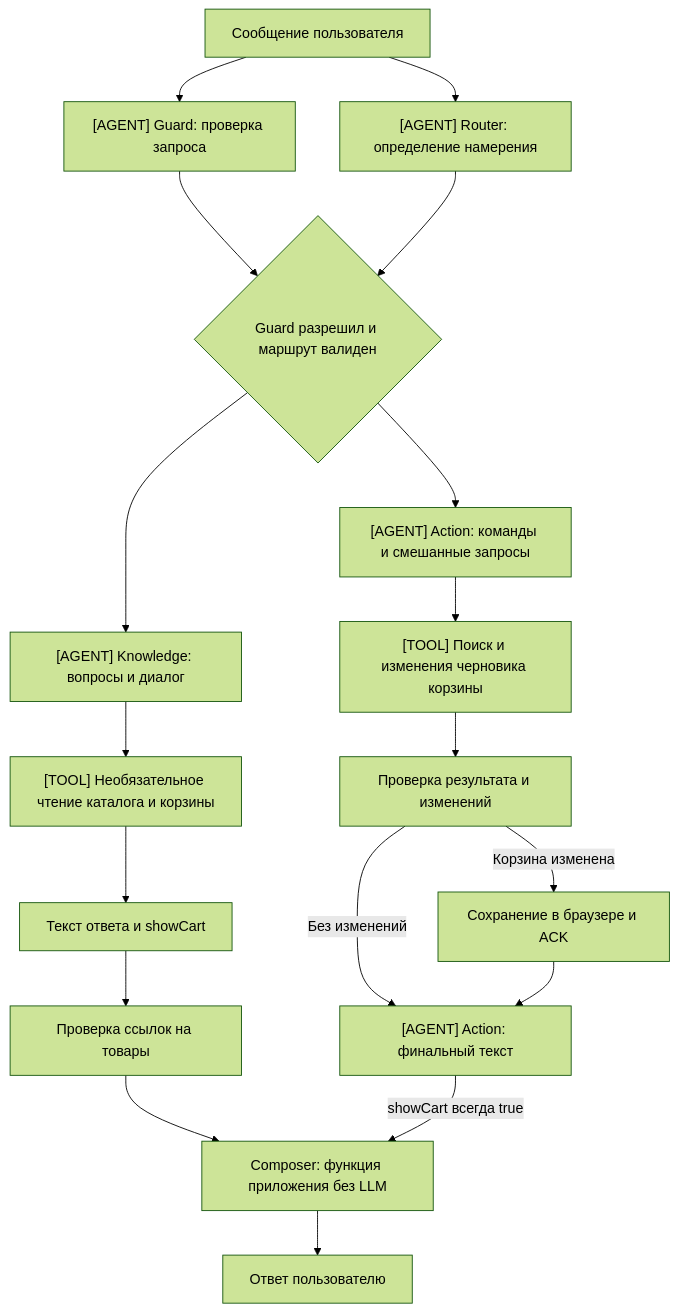
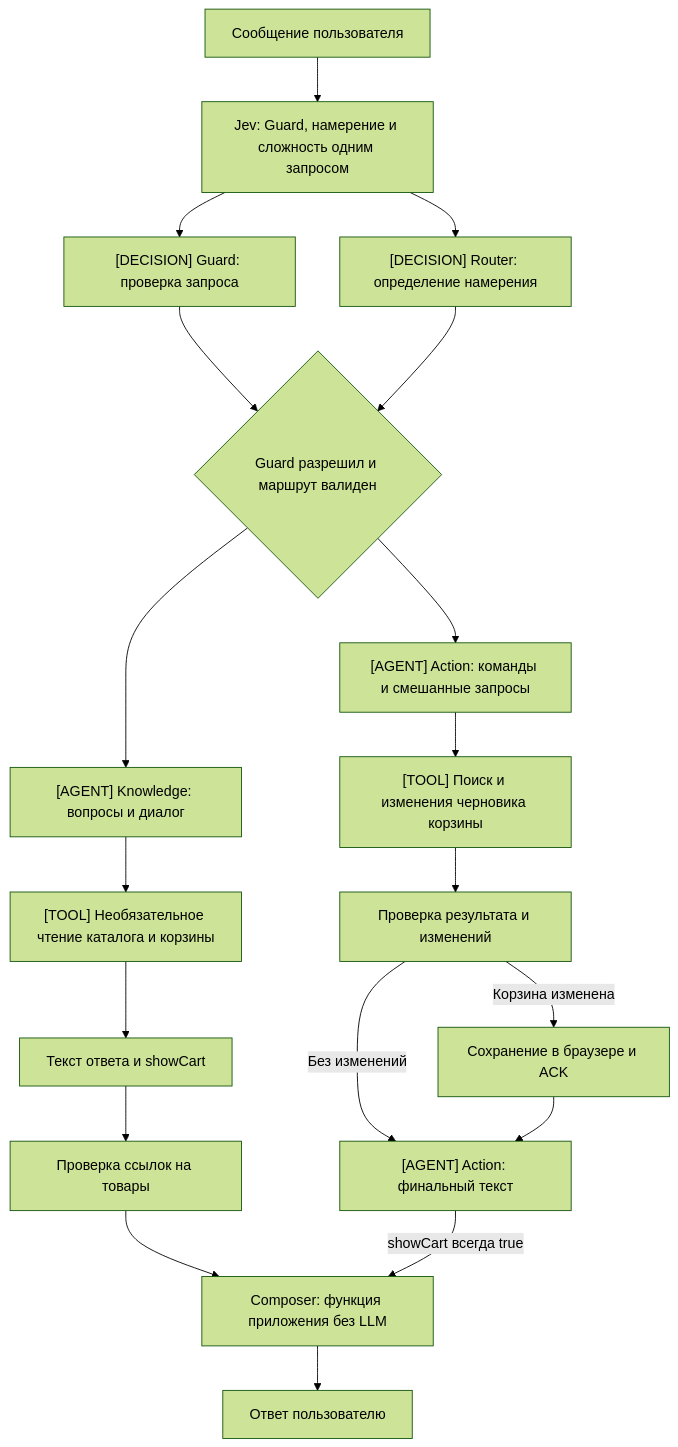
Before and after one commit to kirill-sotnikov/ai-agent-showcase: the diagram in README-RU.md, drawn with Mermaid (forest theme). The commit also changed other lines of this file and 35 other files, not shown here.

````diff
--- a/README-RU.md
+++ b/README-RU.md
@@ -29,20 +35,21 @@
 ```mermaid
 flowchart TD
-    Request[Сообщение пользователя] --> Guard["[AGENT] Guard: проверка запроса"]
-    Request --> Router["[AGENT] Router: определение намерения"]
+    Request[Сообщение пользователя] --> Decisions["Jev: Guard, намерение и сложность одним запросом"]
+    Decisions --> Guard["[DECISION] Guard: проверка запроса"]
+    Decisions --> Router["[DECISION] Router: определение намерения"]
     Guard --> Gate{Guard разрешил и маршрут валиден}
     Router --> Gate
     Gate --> Knowledge["[AGENT] Knowledge: вопросы и диалог"]
     Gate --> Action["[AGENT] Action: команды и смешанные запросы"]
     Knowledge --> ReadTools["[TOOL] Необязательное чтение каталога и корзины"]
     ReadTools --> Answer[Текст ответа и showCart]
     Answer --> Validation[Проверка ссылок на товары]
     Action --> CartTools["[TOOL] Поиск и изменения черновика корзины"]
     CartTools --> ValidateCart[Проверка результата и изменений]
     ValidateCart -->|Корзина изменена| Commit[Сохранение в браузере и ACK]
     ValidateCart -->|Без изменений| ActionAnswer["[AGENT] Action: финальный текст"]
     Commit --> ActionAnswer
     Validation --> Composer["Composer: функция приложения без LLM"]
     ActionAnswer -->|showCart всегда true| Composer
     Composer --> Response[Ответ пользователю]
 ```
````
